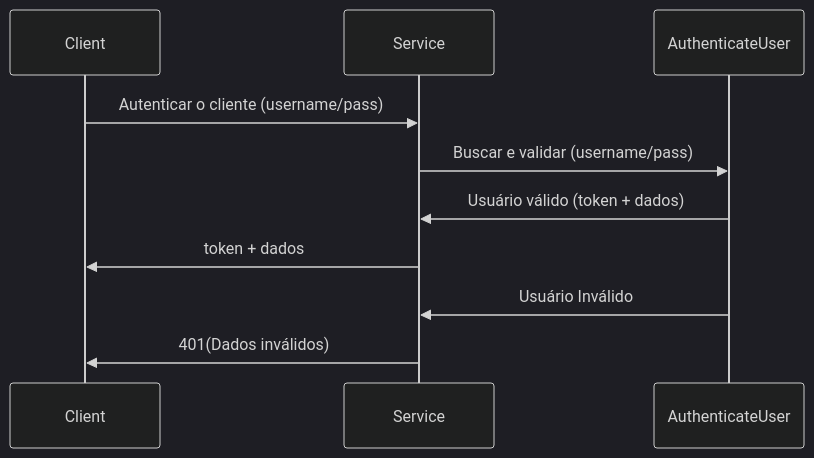
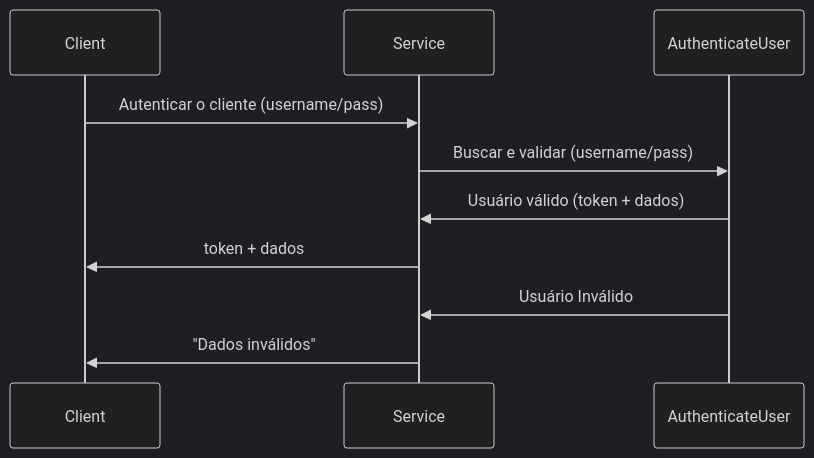
The first of 3 diagrams in README.md (NathanMuniz/atribuir-tags), drawn with Mermaid (dark theme) before and after one commit. The commit also changed other lines of this file, not shown here.

````diff
--- a/README.md
+++ b/README.md
@@ -36,9 +45,9 @@
 ```mermaid
 sequenceDiagram
 Client->>Service: Autenticar o cliente (username/pass) 
 Service->>AuthenticateUser: Buscar e validar (username/pass)
 AuthenticateUser->>Service: Usuário válido (token + dados)
 Service->>Client: token + dados
 AuthenticateUser->>Service: Usuário Inválido 
-Service->>Client: 401(Dados inválidos)
+Service->>Client: "Dados inválidos"
 ```
````
